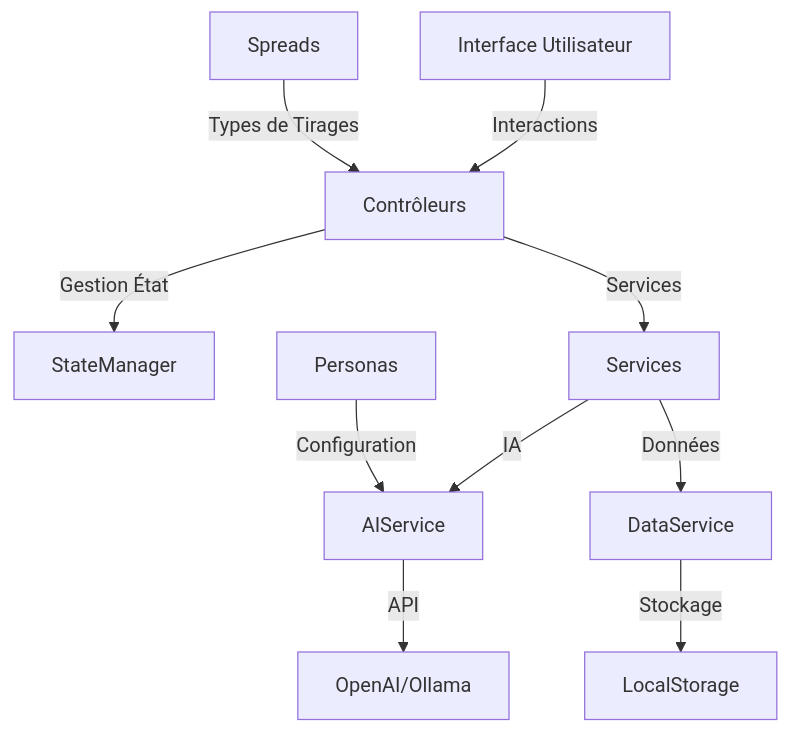
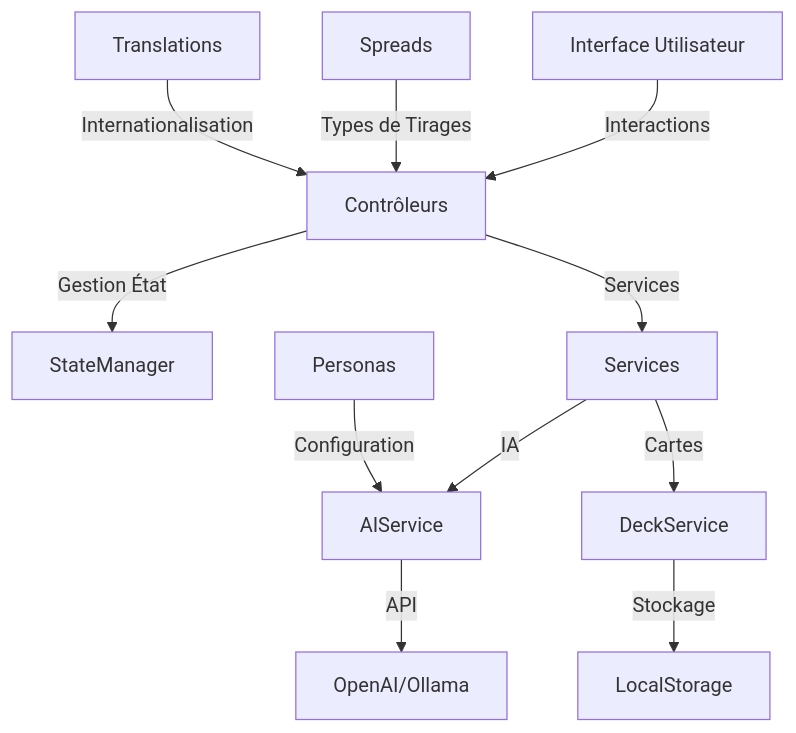
Before and after one commit to habib256/jodotarot: the diagram in docs/architecture/vue-ensemble.md, drawn with Mermaid. The commit also changed other lines of this file and 27 other files, not shown here.

````diff
--- a/docs/architecture/vue-ensemble.md
+++ b/docs/architecture/vue-ensemble.md
@@ -96,12 +108,13 @@
 ```mermaid
 graph TD
     A[Interface Utilisateur] -->|Interactions| B[Contrôleurs]
     B -->|Gestion État| C[StateManager]
     B -->|Services| D[Services]
     D -->|IA| E[AIService]
     E -->|API| F[OpenAI/Ollama]
-    D -->|Données| G[DataService]
+    D -->|Cartes| G[DeckService]
     G -->|Stockage| H[LocalStorage]
     I[Personas] -->|Configuration| E
     J[Spreads] -->|Types de Tirages| B
+    K[Translations] -->|Internationalisation| B
 ```
````
